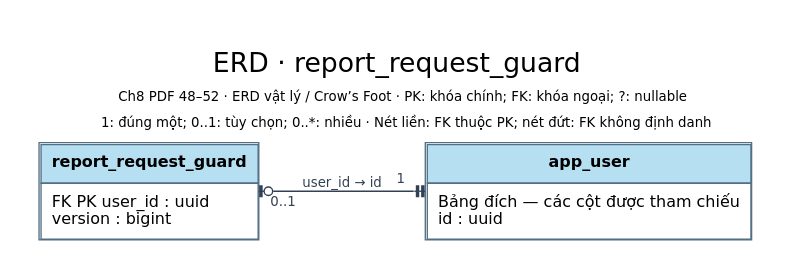
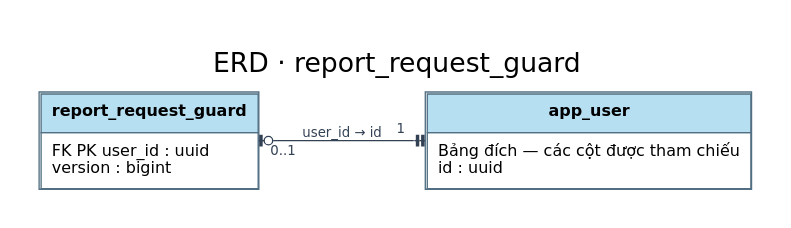
One commit to TEAM-DEV-FIVE/WMS_BA_2_0 changed the diagram in 03_So_do/Hien_hanh/dot/ERD_report_request_guard.dot. Above: the diagram before and after it, drawn with Graphviz. The commit also changed 268 other files, not shown here.

Commit message:
docs: remove technical captions from current diagrams

```diff
--- a/03_So_do/Hien_hanh/dot/ERD_report_request_guard.dot
+++ b/03_So_do/Hien_hanh/dot/ERD_report_request_guard.dot
@@ -1,9 +1,9 @@
 digraph WMS {
 graph [rankdir=LR, bgcolor="white", nodesep=.5, ranksep=.9, pad=.3];
 node [shape=plain, fontname="DejaVu Sans", fontsize=12];
 edge [fontname="DejaVu Sans", fontsize=10, color="#334155", fontcolor="#334155", arrowsize=.8];
-label=<<TABLE BORDER="0" CELLBORDER="0" CELLPADDING="3"><TR><TD><FONT POINT-SIZE="20">ERD · report_request_guard</FONT></TD></TR><TR><TD><FONT POINT-SIZE="10">Ch8 PDF 48–52 · ERD vật lý / Crow’s Foot · PK: khóa chính; FK: khóa ngoại; ?: nullable</FONT></TD></TR><TR><TD><FONT POINT-SIZE="10">1: đúng một; 0..1: tùy chọn; 0..*: nhiều · Nét liền: FK thuộc PK; nét đứt: FK không định danh</FONT></TD></TR></TABLE>>; labelloc=t; fontname="DejaVu Sans"; fontsize=16;
+label=<<TABLE BORDER="0" CELLBORDER="0" CELLPADDING="3"><TR><TD><FONT POINT-SIZE="20">ERD · report_request_guard</FONT></TD></TR></TABLE>>; labelloc=t; fontname="DejaVu Sans"; fontsize=16;
 "report_request_guard" [label=<<TABLE BORDER="1" CELLBORDER="1" CELLSPACING="0" CELLPADDING="7" COLOR="#526f83"><TR><TD BGCOLOR="#b7dff2"><B>report_request_guard</B></TD></TR><TR><TD ALIGN="LEFT" BALIGN="LEFT">FK PK user_id : uuid<BR ALIGN="LEFT"/>version : bigint</TD></TR></TABLE>>];
 "app_user" [label=<<TABLE BORDER="1" CELLBORDER="1" CELLSPACING="0" CELLPADDING="7" COLOR="#526f83"><TR><TD BGCOLOR="#b7dff2"><B>app_user</B></TD></TR><TR><TD ALIGN="LEFT" BALIGN="LEFT">Bảng đích — các cột được tham chiếu<BR ALIGN="LEFT"/>id : uuid</TD></TR></TABLE>>];
 "report_request_guard" -> "app_user" [label="user_id → id", dir="both", arrowtail="teeodot", arrowhead="teetee", taillabel="0..1", headlabel="1", labeldistance="2", style="solid"];
 }
```
